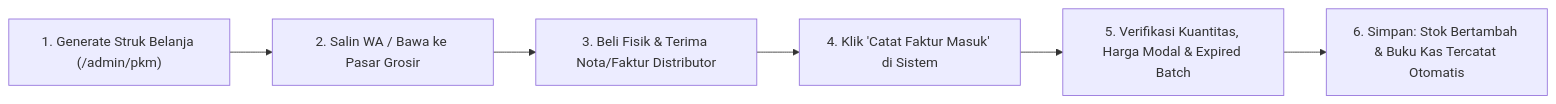
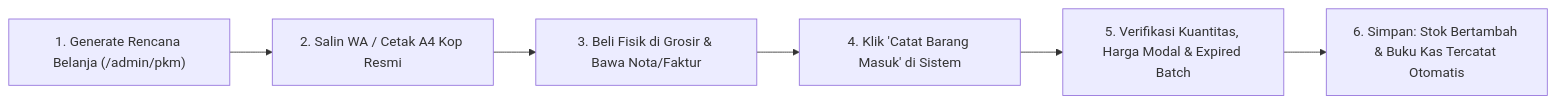
The third of 3 diagrams in SOP.md (Nurdiansyah0/Koperasi_PK_Batam-V1.1.0), drawn with Mermaid before and after one commit. The commit also changed other lines of this file and 5 other files, not shown here.

Commit message:
docs(sop): update admin SOP with procurement workflow, PKM sync, and inventory picking navigation

````diff
--- a/SOP.md
+++ b/SOP.md
@@ -305,8 +323,8 @@
 ```mermaid
 flowchart LR
-    A["1. Generate Struk Belanja (/admin/pkm)"] --> B["2. Salin WA / Bawa ke Pasar Grosir"]
-    B --> C["3. Beli Fisik & Terima Nota/Faktur Distributor"]
-    C --> D["4. Klik 'Catat Faktur Masuk' di Sistem"]
+    A["1. Generate Rencana Belanja (/admin/pkm)"] --> B["2. Salin WA / Cetak A4 Kop Resmi"]
+    B --> C["3. Beli Fisik di Grosir & Bawa Nota/Faktur"]
+    C --> D["4. Klik 'Catat Barang Masuk' di Sistem"]
     D --> E["5. Verifikasi Kuantitas, Harga Modal & Expired Batch"]
     E --> F["6. Simpan: Stok Bertambah & Buku Kas Tercatat Otomatis"]
 ```
````
